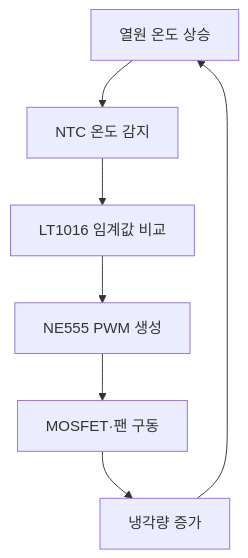
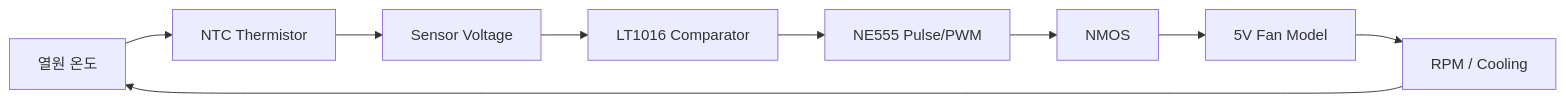
The diagram in docs/02_동작원리.md (ko3027/LTspice-Projects-Auto-Thermostat-Fan), drawn with Mermaid before and after one commit. The commit also changed other lines of this file, not shown here.

````diff
--- a/docs/02_동작원리.md
+++ b/docs/02_동작원리.md
@@ -19,9 +17,11 @@
 ```mermaid
-flowchart TD
-    A["열원 온도 상승"] --> B["NTC 온도 감지"]
-    B --> C["LT1016 임계값 비교"]
-    C --> D["NE555 PWM 생성"]
-    D --> E["MOSFET·팬 구동"]
-    E --> F["냉각량 증가"]
-    F --> A
+flowchart LR
+    A["열원 온도"] --> B["NTC Thermistor"]
+    B --> C["Sensor Voltage"]
+    C --> D["LT1016 Comparator"]
+    D --> E["NE555 Pulse/PWM"]
+    E --> F["NMOS"]
+    F --> G["5V Fan Model"]
+    G --> H["RPM / Cooling"]
+    H --> A
 ```
````
